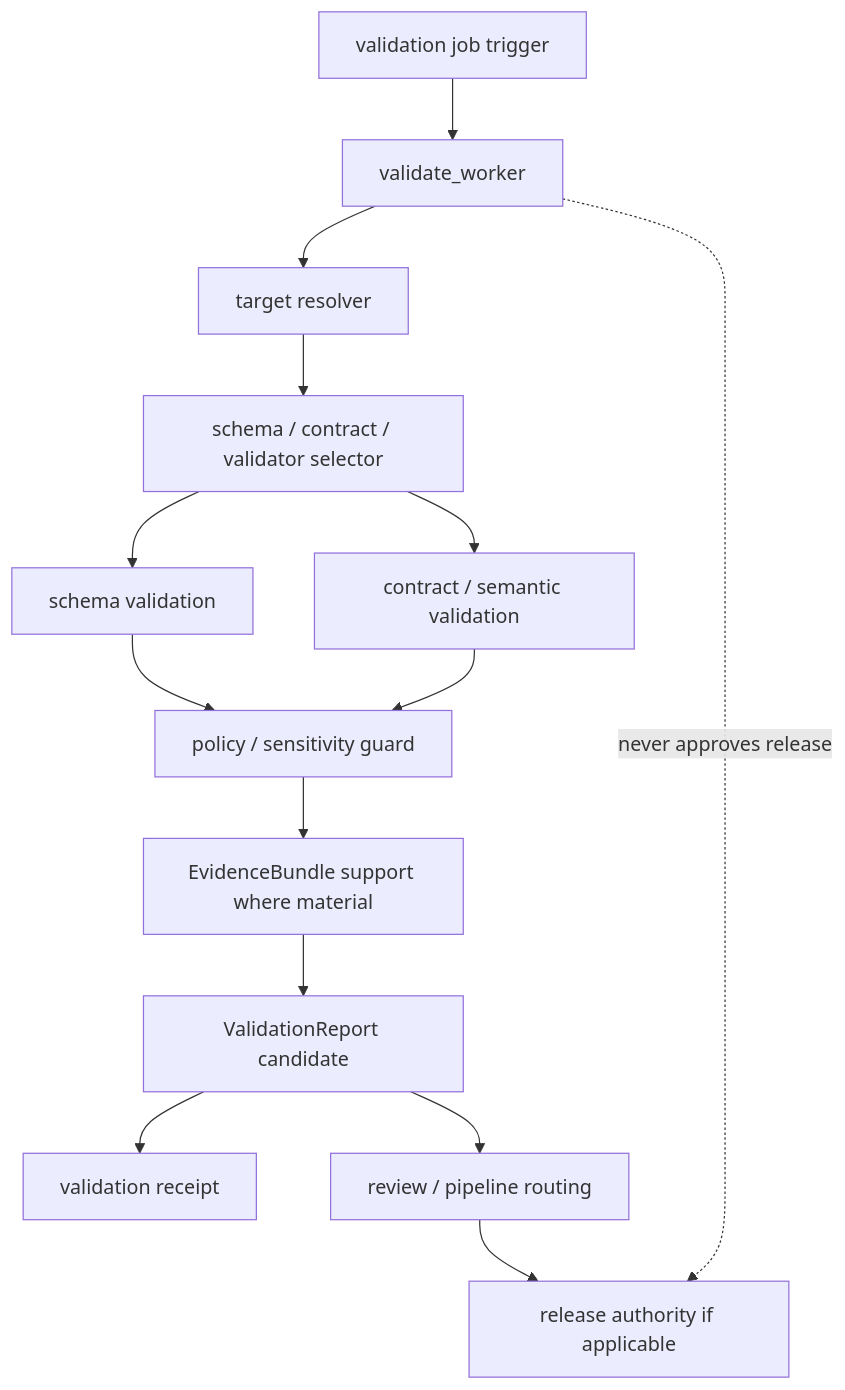
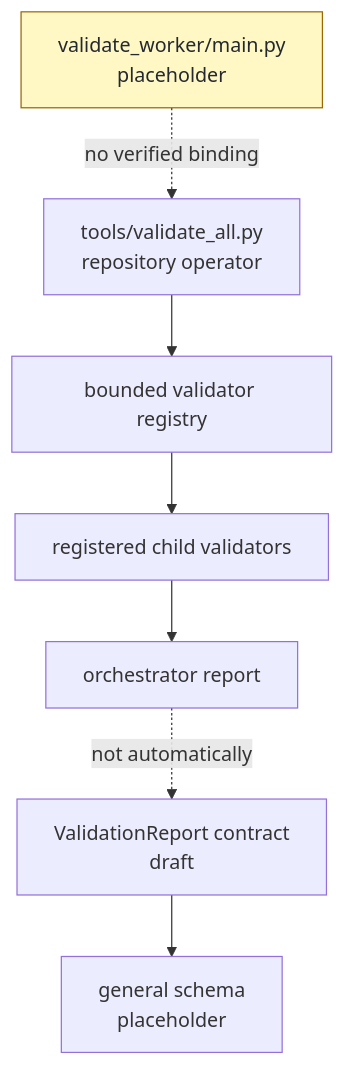
One commit to bartytime4life/Kansas-Frontier-Matrix changed the diagram in apps/workers/src/validate_worker/README.md. Above: the diagram before and after it, drawn with Mermaid. The commit also changed other lines of this file, not shown here.

Commit message:
docs(workers): modernize validate worker boundary

````diff
--- a/apps/workers/src/validate_worker/README.md
+++ b/apps/workers/src/validate_worker/README.md
@@ -203,16 +865,12 @@
 ```mermaid
 flowchart TD
-    trigger["validation job trigger"] --> worker["validate_worker"]
-    worker --> target["target resolver"]
-    target --> selector["schema / contract / validator selector"]
-    selector --> schema["schema validation"]
-    selector --> contract["contract / semantic validation"]
-    schema --> policy["policy / sensitivity guard"]
-    contract --> policy
-    policy --> evidence["EvidenceBundle support where material"]
-    evidence --> report["ValidationReport candidate"]
-    report --> receipt["validation receipt"]
-    report --> review["review / pipeline routing"]
-    review --> release["release authority if applicable"]
-    worker -. "never approves release" .-> release
+    worker["validate_worker/main.py<br/>placeholder"]:::hold
+    tool["tools/validate_all.py<br/>repository operator"] --> registry["bounded validator registry"]
+    registry --> checks["registered child validators"]
+    checks --> toolReport["orchestrator report"]
+    contract["ValidationReport contract<br/>draft"] --> schema["general schema<br/>placeholder"]
+    worker -. "no verified binding" .-> tool
+    toolReport -. "not automatically" .-> contract
+
+    classDef hold fill:#fff8c5,stroke:#9a6700,color:#24292f
 ```
````
